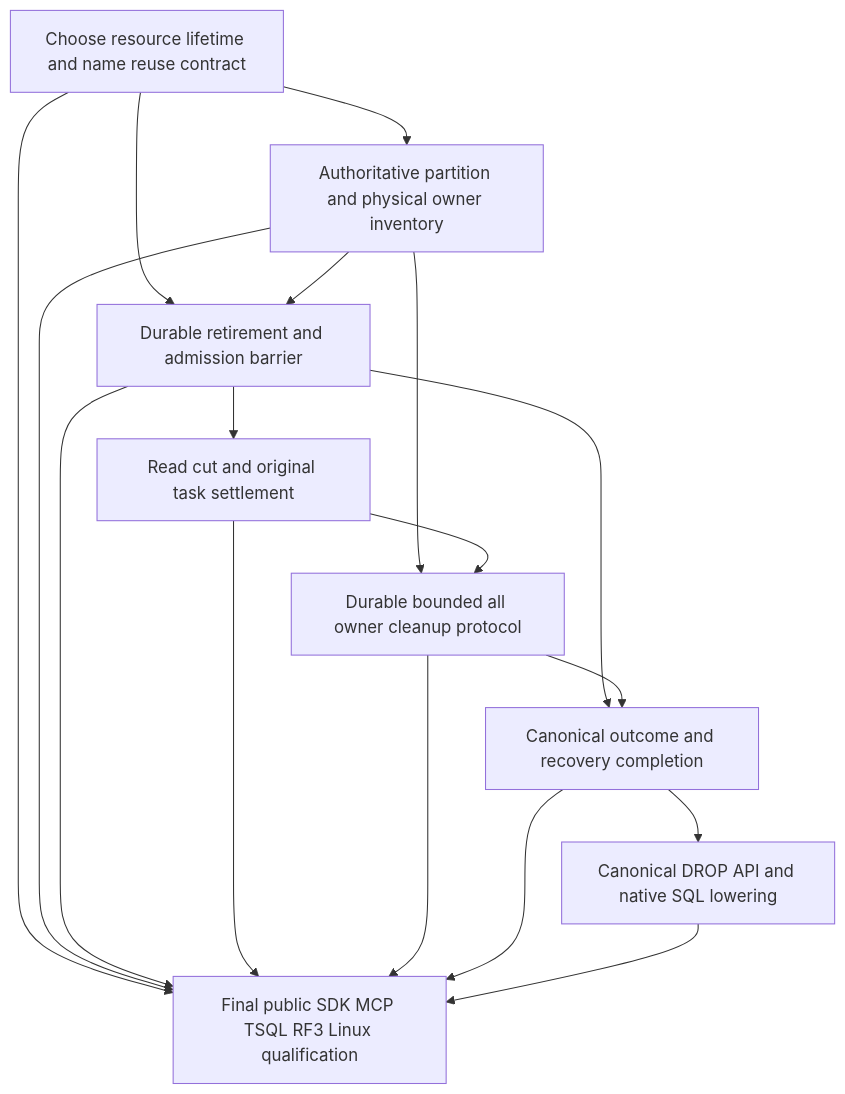
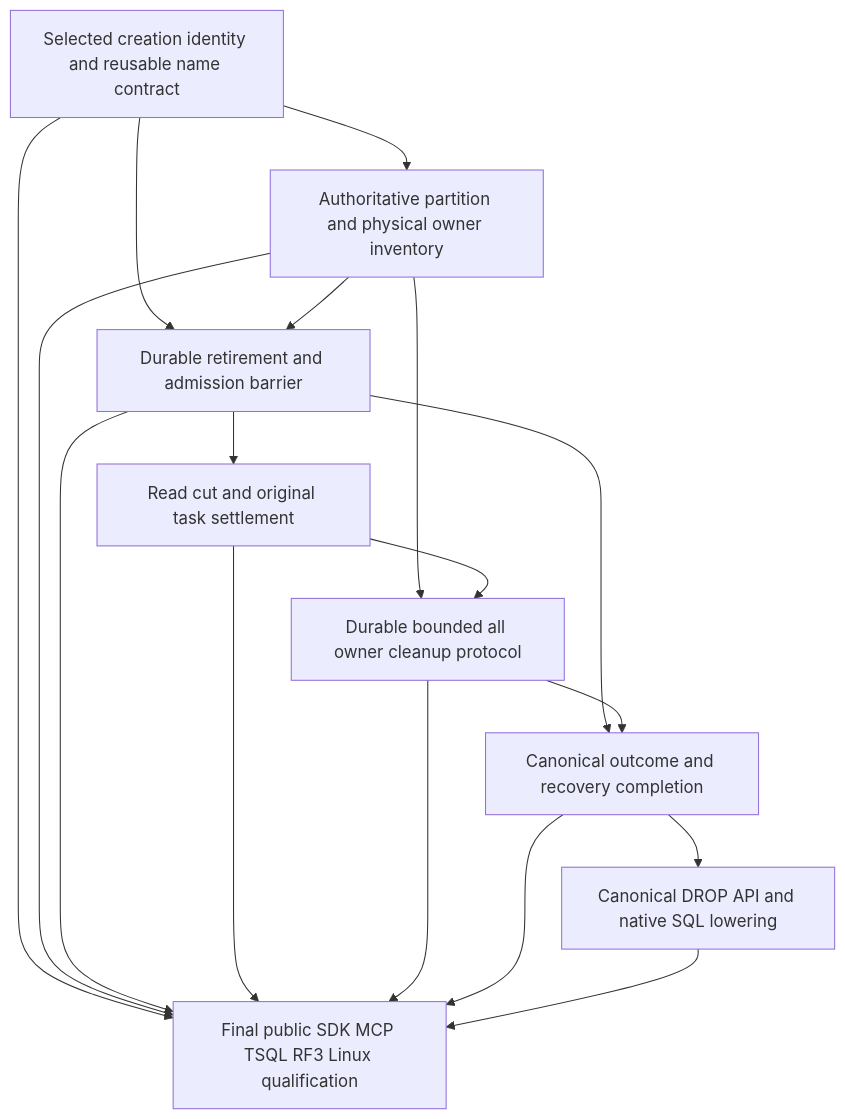
One commit to managedcode/KeyLoad changed the diagram in docs/Features/RelationalStorage/DropTableDependencies.md. Above: the diagram before and after it, drawn with Mermaid. The commit also changed other lines of this file and 435 other files, not shown here.

First line of the commit message:
Integrate native resource lifetime authority and bounded read flows

````diff
--- a/docs/Features/RelationalStorage/DropTableDependencies.md
+++ b/docs/Features/RelationalStorage/DropTableDependencies.md
@@ -33,27 +33,27 @@
 ```mermaid
 flowchart TD
-    D1[Choose resource lifetime and name reuse contract]
+    D1[Selected creation identity and reusable name contract]
     D2[Authoritative partition and physical owner inventory]
     D3[Durable retirement and admission barrier]
     D4[Read cut and original task settlement]
     D5[Durable bounded all owner cleanup protocol]
     D6[Canonical outcome and recovery completion]
     D7[Canonical DROP API and native SQL lowering]
     Q[Final public SDK MCP TSQL RF3 Linux qualification]
     D1 --> D2
     D1 --> D3
     D2 --> D3
     D3 --> D4
     D2 --> D5
     D4 --> D5
     D3 --> D6
     D5 --> D6
     D6 --> D7
     D1 --> Q
     D2 --> Q
     D3 --> Q
     D4 --> Q
     D5 --> Q
     D6 --> Q
     D7 --> Q
 ```
````
